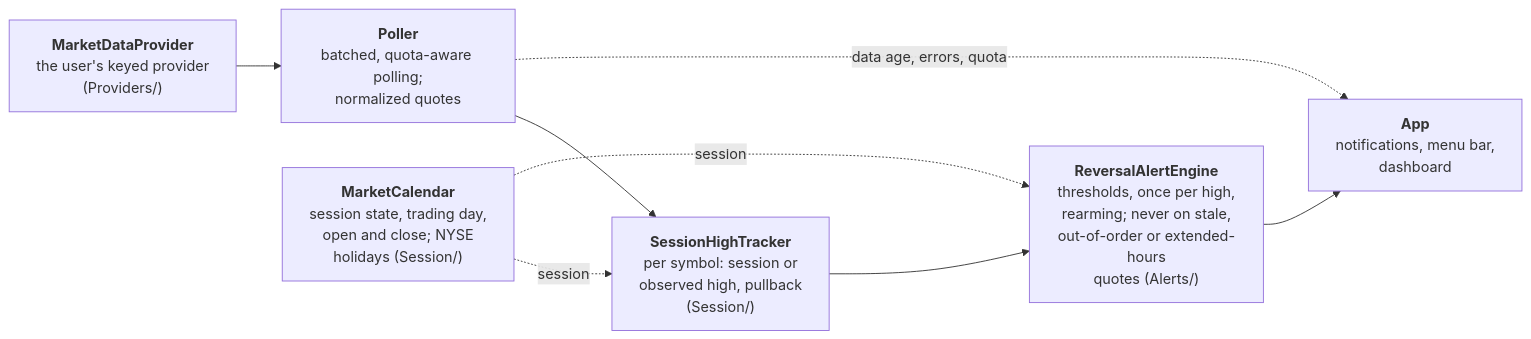
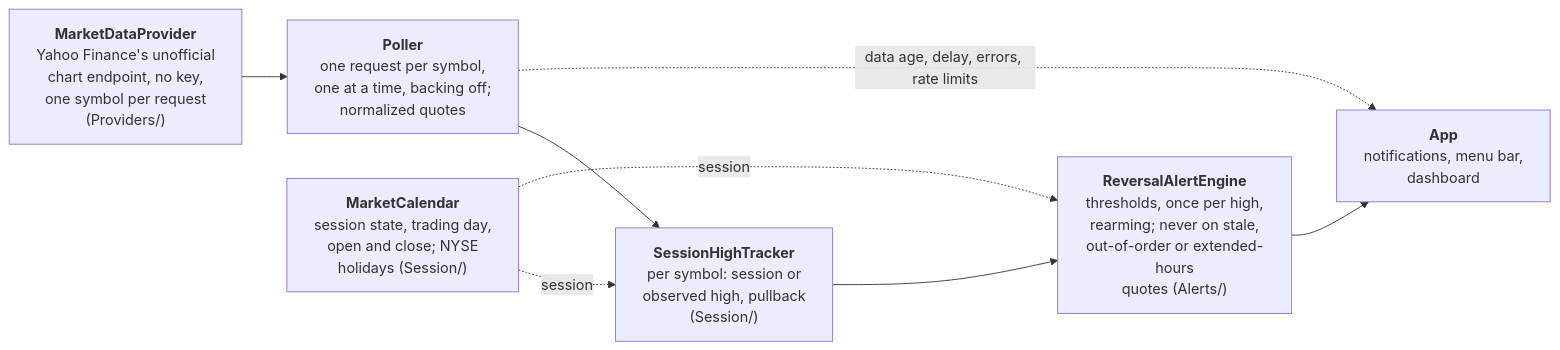
Before and after one commit to nikpietanze/vettira: the second of 2 diagrams in docs/architecture.md, drawn with Mermaid. The commit also changed other lines of this file and 1 other file, not shown here.

Commit message:
Read quotes from Yahoo Finance's unofficial endpoints

````diff
--- a/docs/architecture.md
+++ b/docs/architecture.md
@@ -44,13 +43,13 @@
 ```mermaid
 flowchart LR
-    provider["<b>MarketDataProvider</b><br/>the user's keyed provider<br/>(Providers/)"]
-    poller["<b>Poller</b><br/>batched, quota-aware polling;<br/>normalized quotes"]
+    provider["<b>MarketDataProvider</b><br/>Yahoo Finance's unofficial<br/>chart endpoint, no key,<br/>one symbol per request<br/>(Providers/)"]
+    poller["<b>Poller</b><br/>one request per symbol,<br/>one at a time, backing off;<br/>normalized quotes"]
     tracker["<b>SessionHighTracker</b><br/>per symbol: session or<br/>observed high, pullback<br/>(Session/)"]
     engine["<b>ReversalAlertEngine</b><br/>thresholds, once per high,<br/>rearming; never on stale,<br/>out-of-order or extended-hours<br/>quotes (Alerts/)"]
     ui["<b>App</b><br/>notifications, menu bar,<br/>dashboard"]
     calendar["<b>MarketCalendar</b><br/>session state, trading day,<br/>open and close; NYSE<br/>holidays (Session/)"]
     provider --> poller --> tracker --> engine --> ui
     calendar -. session .-> tracker
     calendar -. session .-> engine
-    poller -. data age, errors, quota .-> ui
+    poller -. data age, delay, errors, rate limits .-> ui
 ```
````
